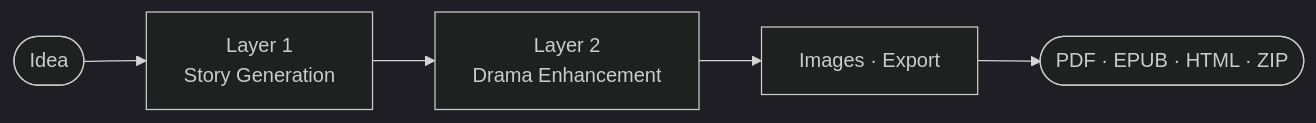
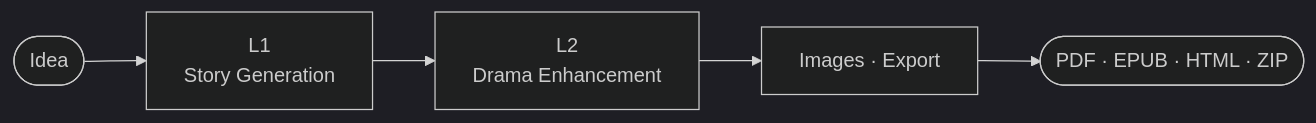
Before and after one commit to HieuNTg/STORYFORGE: the diagram in README.md, drawn with Mermaid (dark theme). The commit also changed other lines of this file and 1 other file, not shown here.

````diff
--- a/README.md
+++ b/README.md
@@ -192,7 +82,7 @@
 ```mermaid
 flowchart LR
-    idea([Idea]) --> L1[Layer 1<br/>Story Generation]
-    L1 --> L2[Layer 2<br/>Drama Enhancement]
+    idea([Idea]) --> L1[L1<br/>Story Generation]
+    L1 --> L2[L2<br/>Drama Enhancement]
     L2 --> media[Images · Export]
     media --> out([PDF · EPUB · HTML · ZIP])
 ```
````
